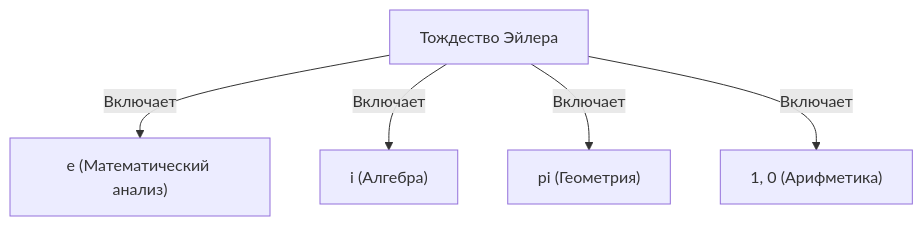
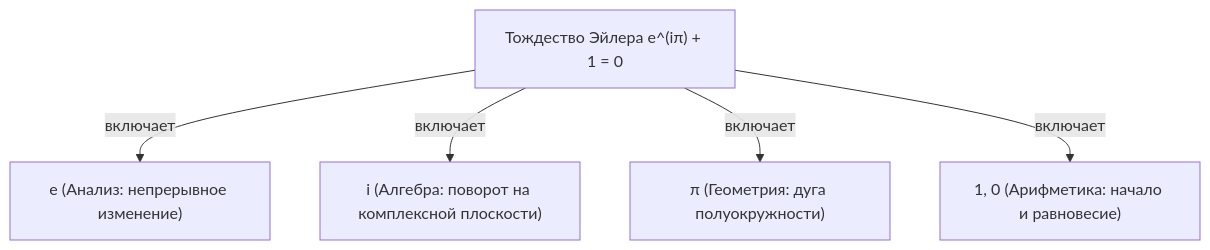
Before and after one commit to kenjinote/blog: the diagram in content/post/eulers-identity/index.ru.md, drawn with Mermaid. The commit also changed other lines of this file and 6 other files, not shown here.

````diff
--- a/content/post/eulers-identity/index.ru.md
+++ b/content/post/eulers-identity/index.ru.md
@@ -31,7 +142,7 @@
 ```mermaid
 graph TD
-    A["Тождество Эйлера"] -->|"Включает"| B["e (Математический анализ)"]
-    A -->|"Включает"| C["i (Алгебра)"]
-    A -->|"Включает"| D["pi (Геометрия)"]
-    A -->|"Включает"| E["1, 0 (Арифметика)"]
+    A["Тождество Эйлера e^(iπ) + 1 = 0"] -->|"включает"| B["e (Анализ: непрерывное изменение)"]
+    A -->|"включает"| C["i (Алгебра: поворот на комплексной плоскости)"]
+    A -->|"включает"| D["π (Геометрия: дуга полуокружности)"]
+    A -->|"включает"| E["1, 0 (Арифметика: начало и равновесие)"]
 ```
````
